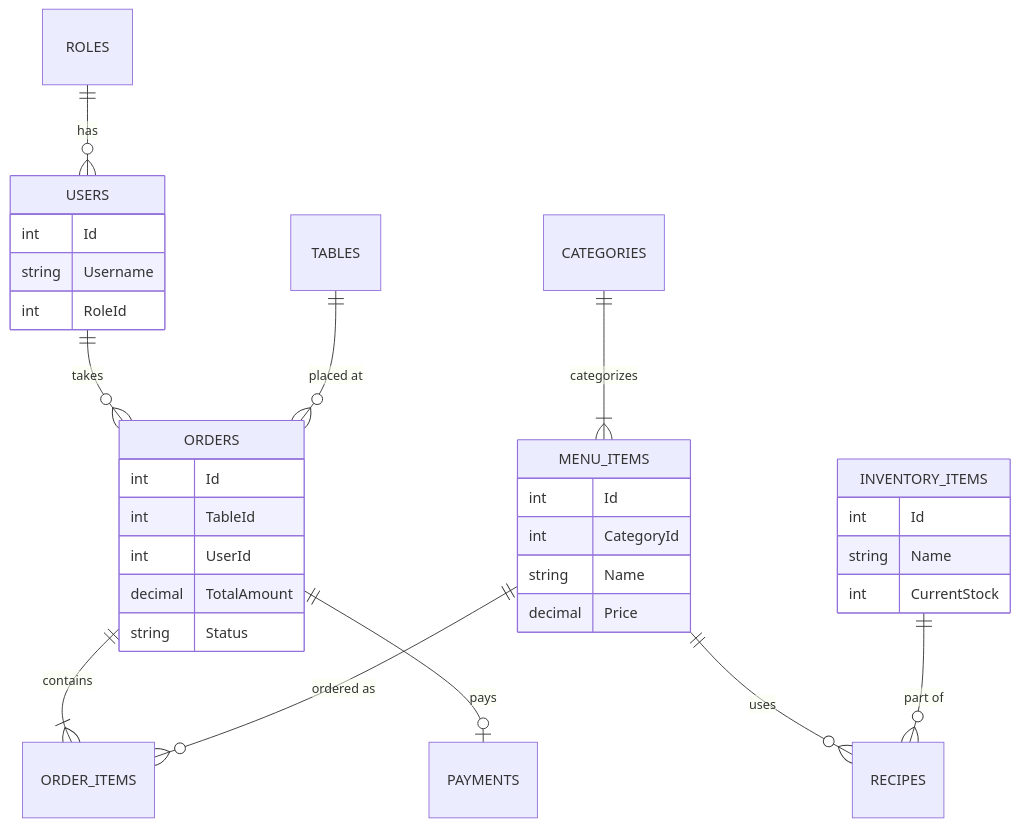
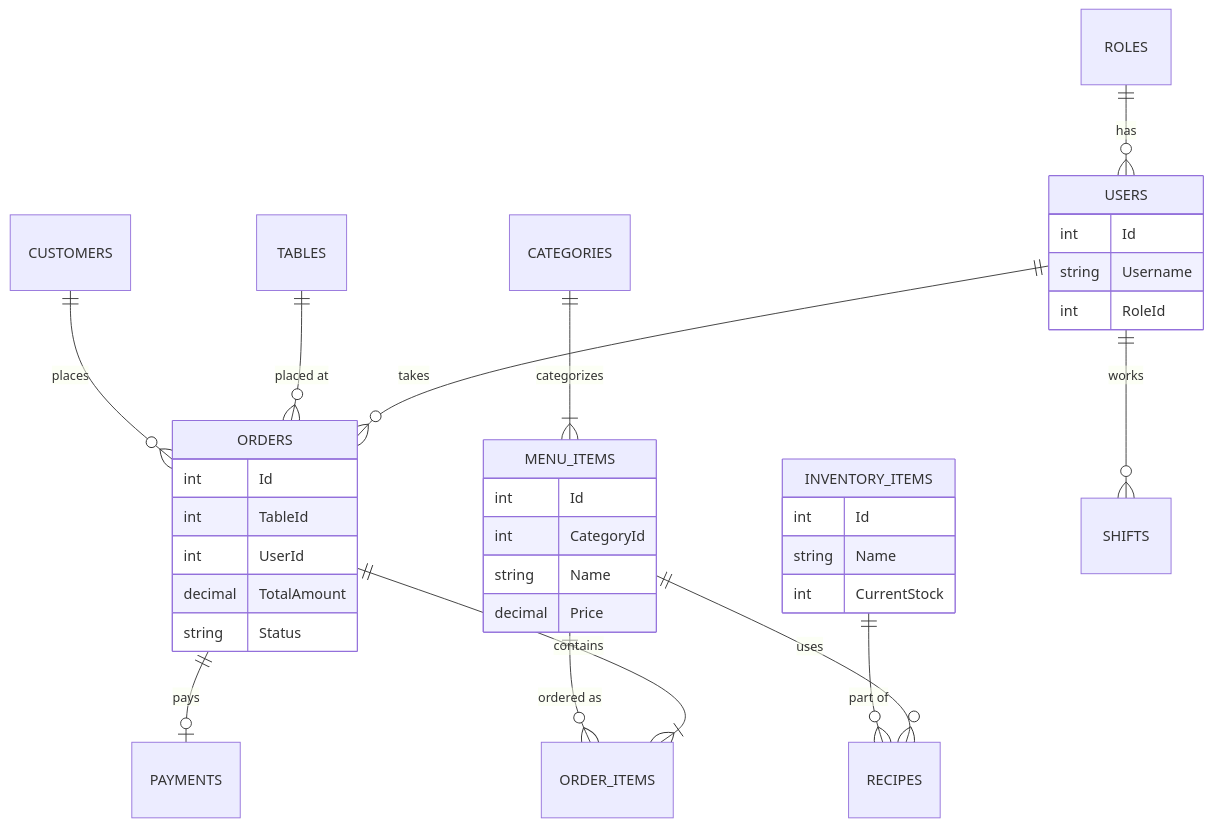
The third of 3 diagrams in README.md (shams909/Restaurant-management-system), drawn with Mermaid before and after one commit. The commit also changed other lines of this file, not shown here.

Commit message:
docs: expand README with shift management, CRM, delivery integrations, hardware support, and database schema updates

````diff
--- a/README.md
+++ b/README.md
@@ -108,36 +115,38 @@
 ```mermaid
 erDiagram
     USERS ||--o{ ORDERS : "takes"
     ROLES ||--o{ USERS : "has"
     TABLES ||--o{ ORDERS : "placed at"
     ORDERS ||--|{ ORDER_ITEMS : "contains"
     ORDERS ||--o| PAYMENTS : "pays"
     CATEGORIES ||--|{ MENU_ITEMS : "categorizes"
     MENU_ITEMS ||--o{ ORDER_ITEMS : "ordered as"
     MENU_ITEMS ||--o{ RECIPES : "uses"
     INVENTORY_ITEMS ||--o{ RECIPES : "part of"
+    CUSTOMERS ||--o{ ORDERS : "places"
+    USERS ||--o{ SHIFTS : "works"
 
     USERS {
         int Id
         string Username
         int RoleId
     }
     ORDERS {
         int Id
         int TableId
         int UserId
         decimal TotalAmount
         string Status
     }
     MENU_ITEMS {
         int Id
         int CategoryId
         string Name
         decimal Price
     }
     INVENTORY_ITEMS {
         int Id
         string Name
         int CurrentStock
     }
 ```
````
